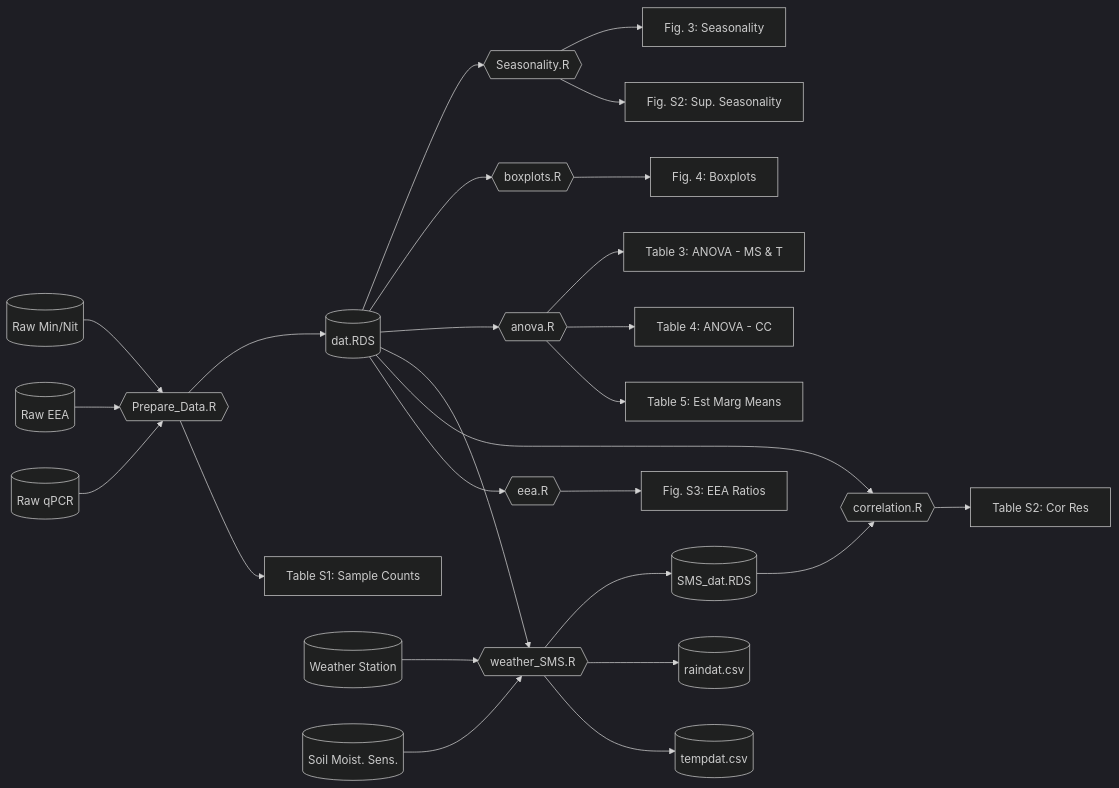
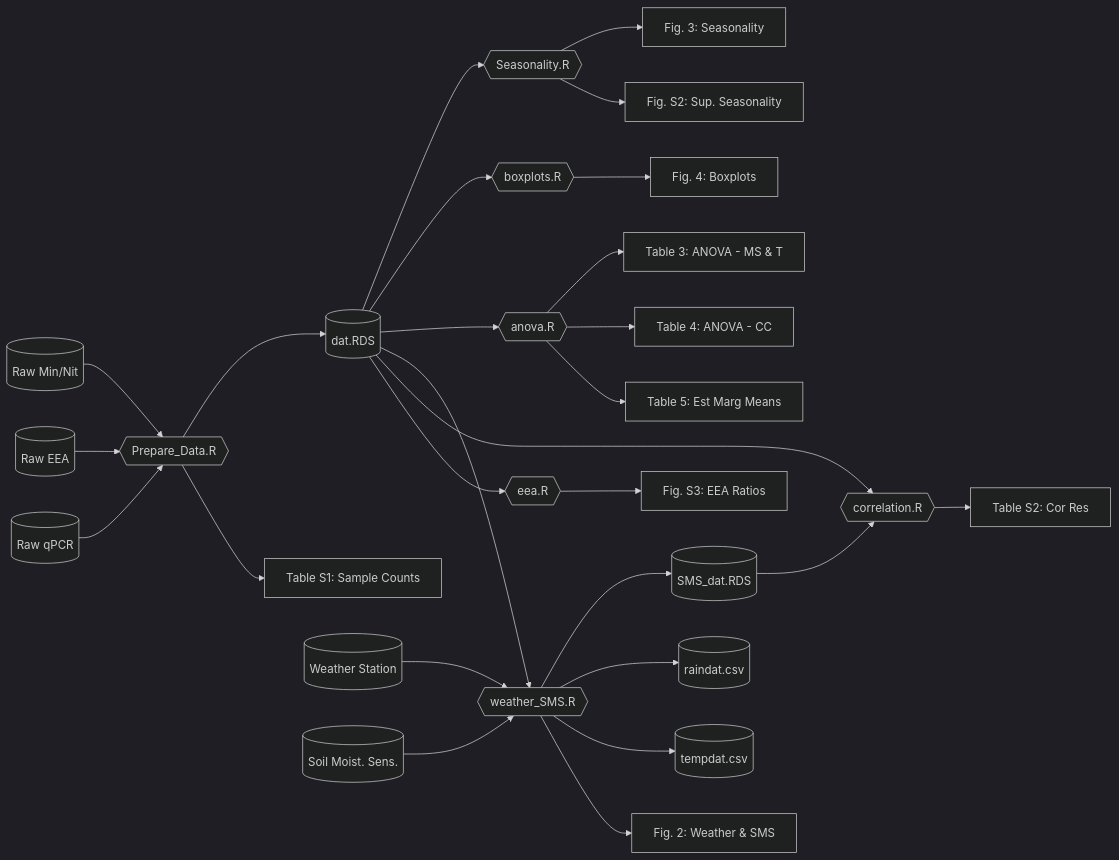
One commit to JacobRPrice/Stroud_Preserve changed the diagram in README.Rmd. Above: the diagram before and after it, drawn with Mermaid (dark theme). The commit also changed other lines of this file and 1 other file, not shown here.

````diff
--- a/README.Rmd
+++ b/README.Rmd
@@ -36,32 +36,33 @@
 ```mermaid
 flowchart LR
     A[(Raw Min/Nit)] --> D{{Prepare_Data.R}}
     B[(Raw EEA)] --> D
     C[(Raw qPCR)] --> D
     D --> E[(dat.RDS)]
     D --> Y[Table S1: Sample Counts]
     
     E --> F{{Seasonality.R}} 
     F --> G["Fig. 3: Seasonality"]
     F --> H["Fig. S2: Sup. Seasonality"]
     
     E --> I{{boxplots.R}} --> J["Fig. 4: Boxplots"]
 
     E --> K{{anova.R}}
     K --> L["Table 3: ANOVA - MS & T "]
     K --> M["Table 4: ANOVA - CC"]
     K --> N["Table 5: Est Marg Means"]
 
     E --> O{{weather_SMS.R}}
     P[(Weather Station)] --> O 
     Q[(Soil Moist. Sens.)] --> O
     O --> R[(SMS_dat.RDS)]
     O --> S[(raindat.csv)]
     O --> T[(tempdat.csv)]
+    O --> Z[Fig. 2: Weather & SMS]
 
     E --> U{{correlation.R}} 
     R --> U
     U --> V["Table S2: Cor Res"]
 
     E --> W{{eea.R}} --> X["Fig. S3: EEA Ratios"]
 ```
````
